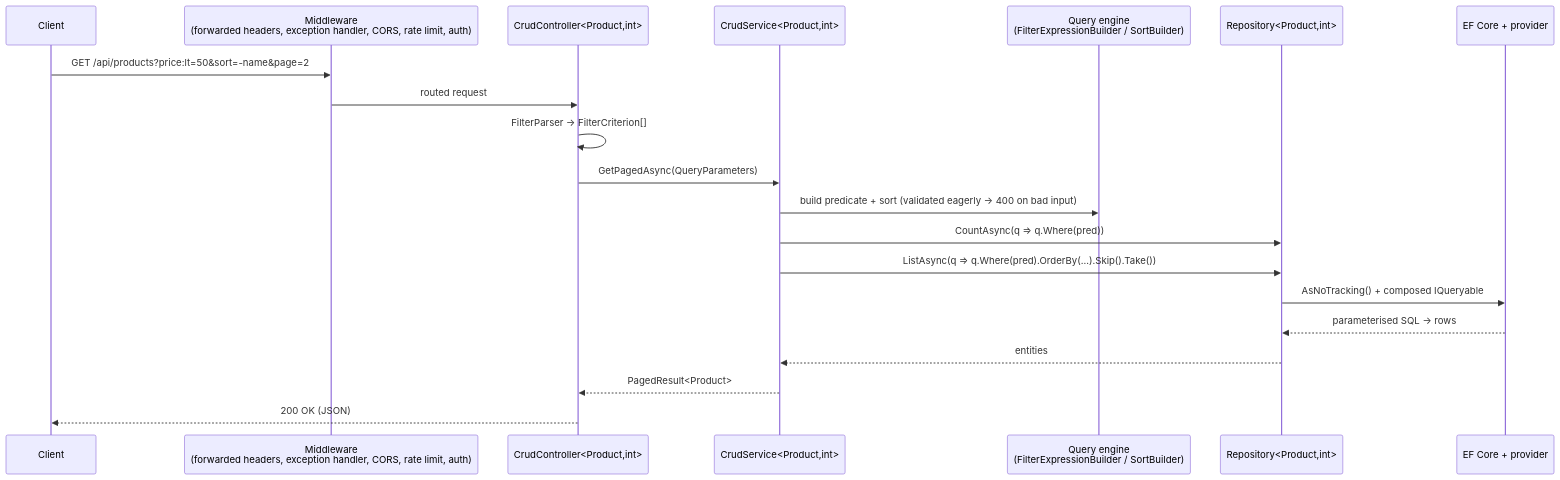
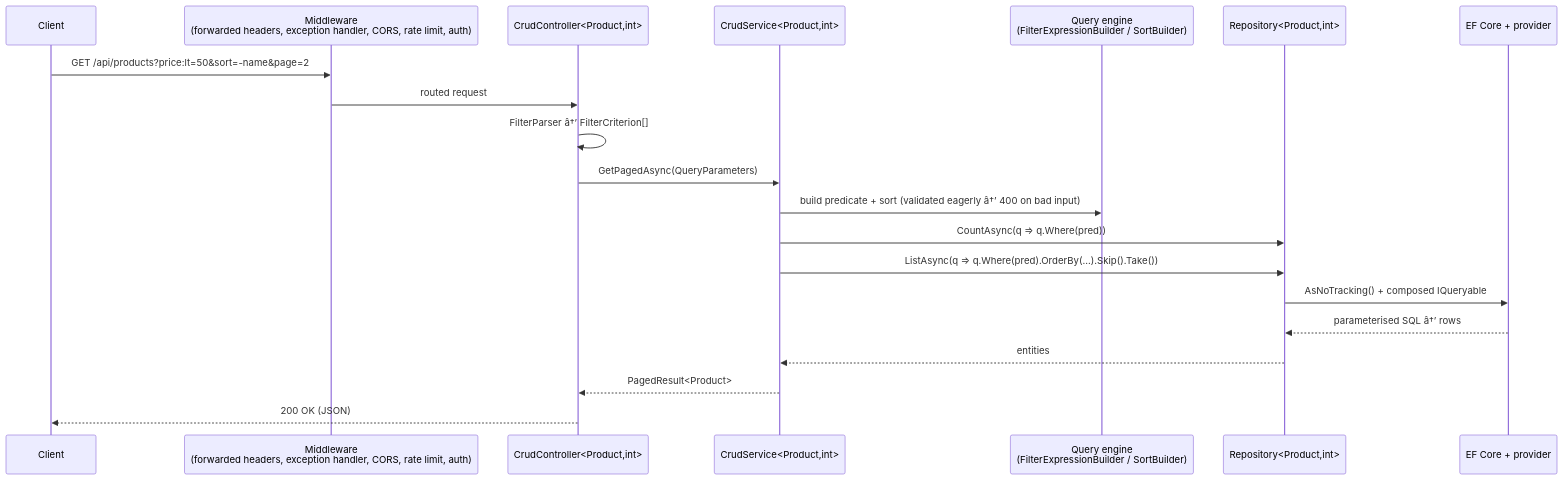
The second of 4 diagrams in README.md (Chasertx/demoApi), drawn with Mermaid before and after one commit. The commit also changed other lines of this file and 100 other files, not shown here.

````diff
--- a/README.md
+++ b/README.md
@@ -177,22 +177,22 @@
 ```mermaid
 sequenceDiagram
     participant C as Client
     participant MW as Middleware<br/>(forwarded headers, exception handler, CORS, rate limit, auth)
     participant Ctl as CrudController<Product,int>
     participant Svc as CrudService<Product,int>
     participant Q as Query engine<br/>(FilterExpressionBuilder / SortBuilder)
     participant Repo as Repository<Product,int>
     participant EF as EF Core + provider
     C->>MW: GET /api/products?price:lt=50&sort=-name&page=2
     MW->>Ctl: routed request
-    Ctl->>Ctl: FilterParser → FilterCriterion[]
+    Ctl->>Ctl: FilterParser â†’ FilterCriterion[]
     Ctl->>Svc: GetPagedAsync(QueryParameters)
-    Svc->>Q: build predicate + sort (validated eagerly → 400 on bad input)
+    Svc->>Q: build predicate + sort (validated eagerly â†’ 400 on bad input)
     Svc->>Repo: CountAsync(q => q.Where(pred))
     Svc->>Repo: ListAsync(q => q.Where(pred).OrderBy(...).Skip().Take())
     Repo->>EF: AsNoTracking() + composed IQueryable
-    EF-->>Repo: parameterised SQL → rows
+    EF-->>Repo: parameterised SQL â†’ rows
     Repo-->>Svc: entities
     Svc-->>Ctl: PagedResult<Product>
     Ctl-->>C: 200 OK (JSON)
 ```
````
